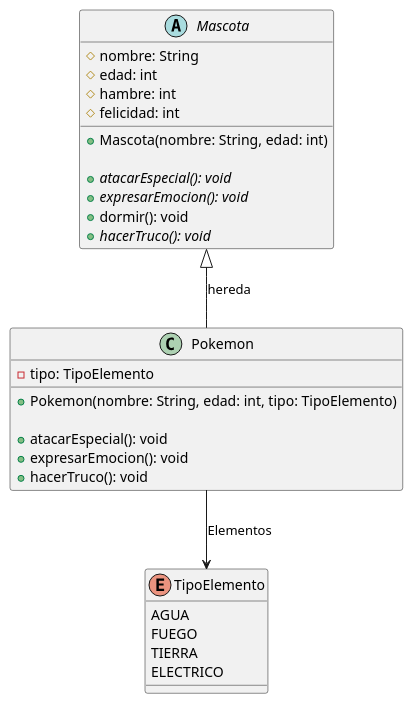
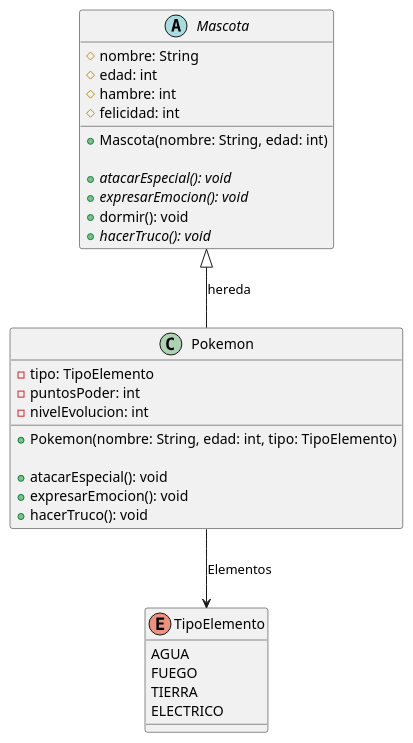
The diagram in VirtualPet.puml (Asshess/poo-lab), drawn with PlantUML before and after one commit. The commit also changed 8 other files, not shown here.

```diff
--- a/VirtualPet.puml
+++ b/VirtualPet.puml
@@ -1,44 +1,46 @@
 @startuml VirtualPet
 
 abstract class Mascota{
     ' -- Atributos
     # nombre: String
     # edad: int 
     # hambre: int
     # felicidad: int
     
     ' -- Constructor
     + Mascota(nombre: String, edad: int)
 
     ' -- Metodos
     + {abstract} atacarEspecial(): void
     + {abstract} expresarEmocion(): void
     + dormir(): void
     + {abstract} hacerTruco(): void
 }
 
 enum TipoElemento {
     AGUA
     FUEGO
     TIERRA
     ELECTRICO
 }
 
 class Pokemon{
     ' -- Atributos especiales
     - tipo: TipoElemento
+    - puntosPoder: int
+    - nivelEvolucion: int
 
     ' -- Constructor
     + Pokemon(nombre: String, edad: int, tipo: TipoElemento)
 
     ' -- Metodos
     + atacarEspecial(): void
     + expresarEmocion(): void
     + hacerTruco(): void
 }
 
 ' -- Asociaciones
 Mascota <|-- Pokemon : hereda
 Pokemon --> TipoElemento : Elementos
 
 @enduml
```
